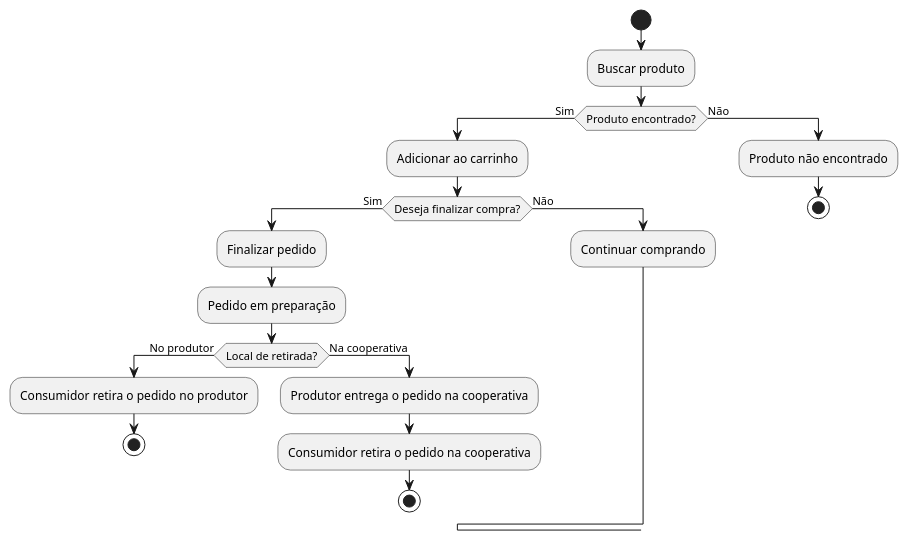
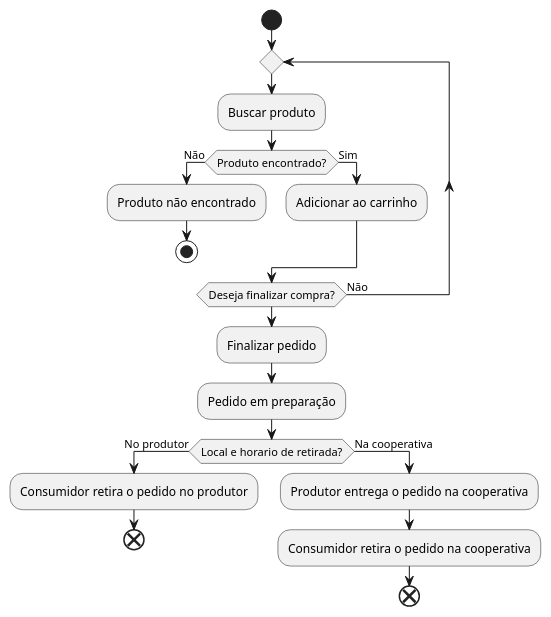
Before and after one commit to bruflor/comercio-vizinho: the diagram in docs/diagrams/activity/ProductOrder.puml, drawn with PlantUML.

Commit message:
Continuar comprando volta o fluxo

```diff
--- a/docs/diagrams/activity/ProductOrder.puml
+++ b/docs/diagrams/activity/ProductOrder.puml
@@ -1,24 +1,22 @@
 @startuml
 start
-:Buscar produto;
-if (Produto encontrado?) then (Sim)
-  :Adicionar ao carrinho;
-  if (Deseja finalizar compra?) then (Sim)
+repeat
+    :Buscar produto;
+    if (Produto encontrado?) then (Não)
+        :Produto não encontrado;
+        stop
+    else (Sim)
+        :Adicionar ao carrinho;
+    endif
+repeat while (Deseja finalizar compra?) is (Não)
     :Finalizar pedido;
     :Pedido em preparação;
-    if (Local de retirada?) then (No produtor)
+    if (Local e horario de retirada?) then (No produtor)
       :Consumidor retira o pedido no produtor;
-      stop
+      end
     else (Na cooperativa)
       :Produtor entrega o pedido na cooperativa;
       :Consumidor retira o pedido na cooperativa;
-      stop
+      end
     endif
-  else (Não)
-    :Continuar comprando;
-  endif
-else (Não)
-  :Produto não encontrado;
-  stop
-endif
 @enduml
```
